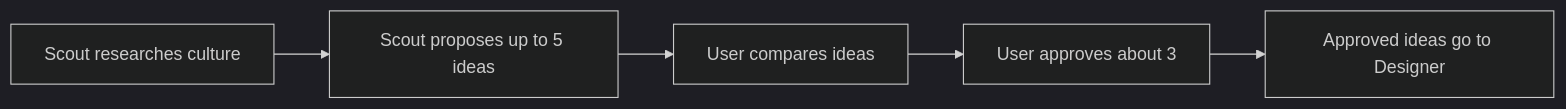
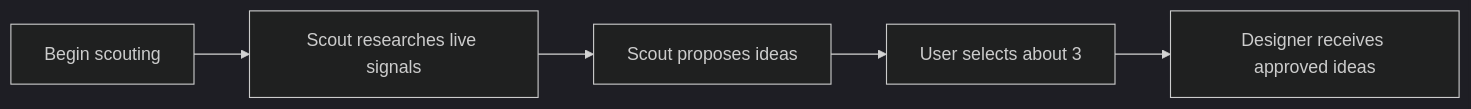
The third of 6 diagrams in docs/PRD.md (neilsanghrajka/drip), drawn with Mermaid (dark theme) before and after one commit. The commit also changed other lines of this file and 26 other files, not shown here.

````diff
--- a/docs/PRD.md
+++ b/docs/PRD.md
@@ -267,10 +226,10 @@
 ```mermaid
 flowchart LR
-  A["Scout researches culture"]
-  B["Scout proposes up to 5 ideas"]
-  C["User compares ideas"]
-  D["User approves about 3"]
-  E["Approved ideas go to Designer"]
+  A["Begin scouting"]
+  B["Scout researches live signals"]
+  C["Scout proposes ideas"]
+  D["User selects about 3"]
+  E["Designer receives approved ideas"]
 
   A --> B --> C --> D --> E
 ```
````
